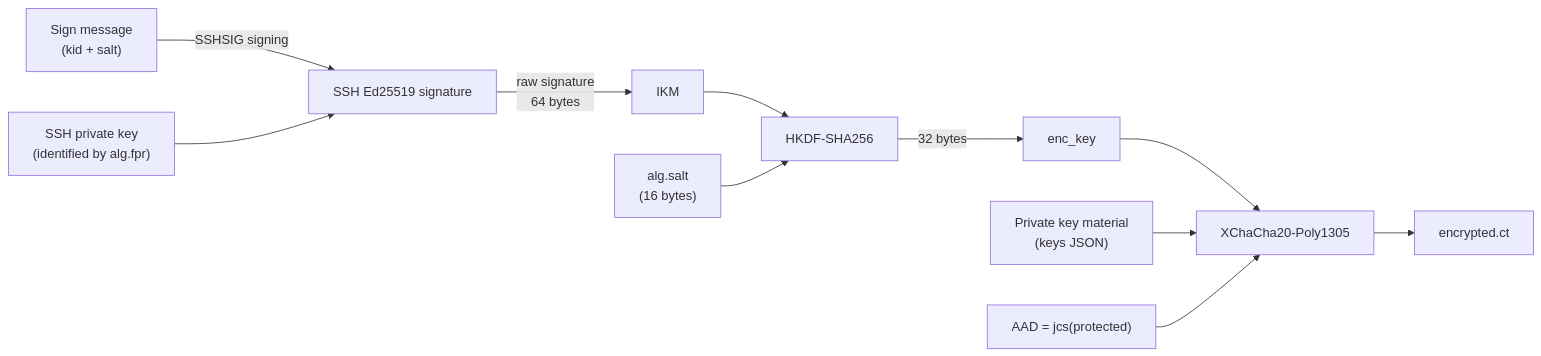
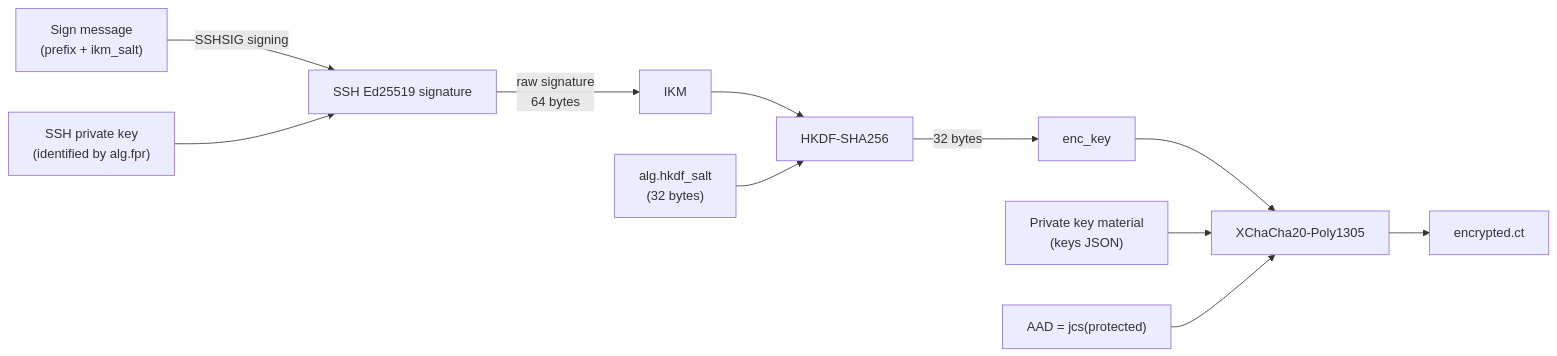
One commit to ebisawa/kapsaro changed the fifth of 6 diagrams in guides/security_design_en.md. Above: the diagram before and after it, drawn with Mermaid. The commit also changed other lines of this file and 33 other files, not shown here.

````diff
--- a/guides/security_design_en.md
+++ b/guides/security_design_en.md
@@ -864,13 +864,13 @@
 ```mermaid
 graph LR
-    Msg["Sign message<br/>(kid + salt)"] -->|SSHSIG signing| SSHSign["SSH Ed25519 signature"]
+    Msg["Sign message<br/>(prefix + ikm_salt)"] -->|SSHSIG signing| SSHSign["SSH Ed25519 signature"]
     SSHKey["SSH private key<br/>(identified by alg.fpr)"] --> SSHSign
     SSHSign -->|"raw signature<br/>64 bytes"| IKM["IKM"]
     IKM --> HKDF["HKDF-SHA256"]
-    Salt["alg.salt<br/>(16 bytes)"] --> HKDF
+    Salt["alg.hkdf_salt<br/>(32 bytes)"] --> HKDF
     HKDF -->|32 bytes| EncKey["enc_key"]
     EncKey --> AEAD["XChaCha20-Poly1305"]
     Plaintext["Private key material<br/>(keys JSON)"] --> AEAD
     AAD["AAD = jcs(protected)"] --> AEAD
     AEAD --> CT["encrypted.ct"]
 ```
````
